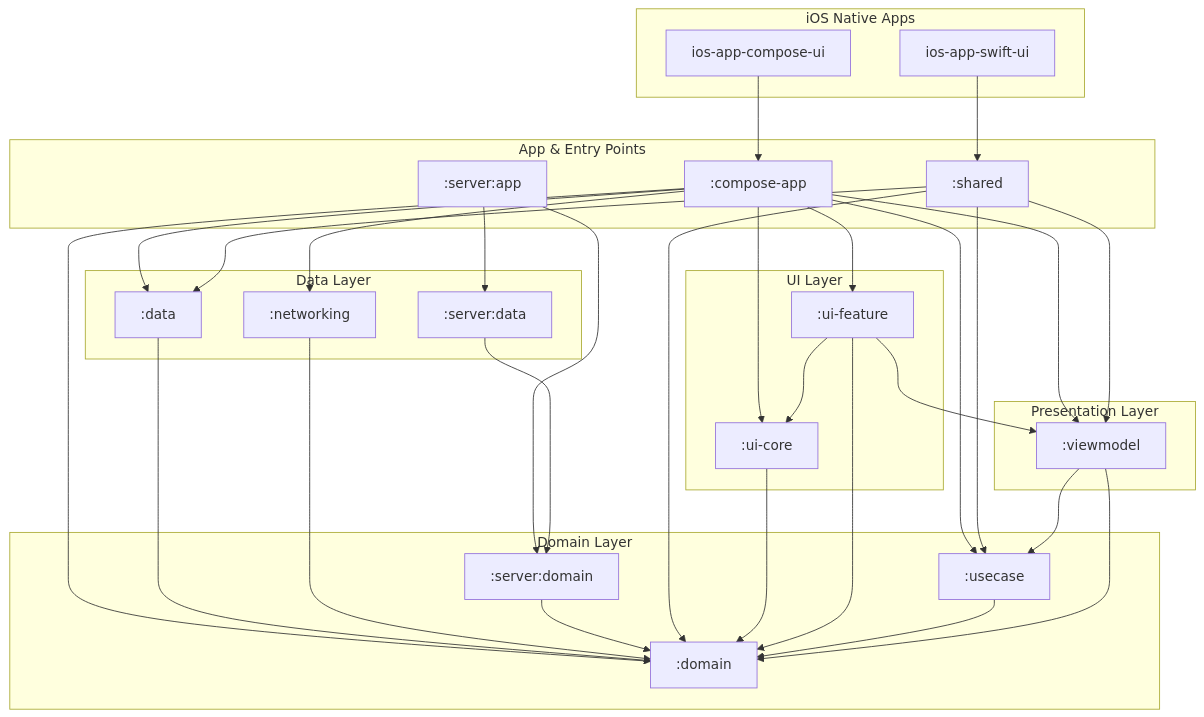
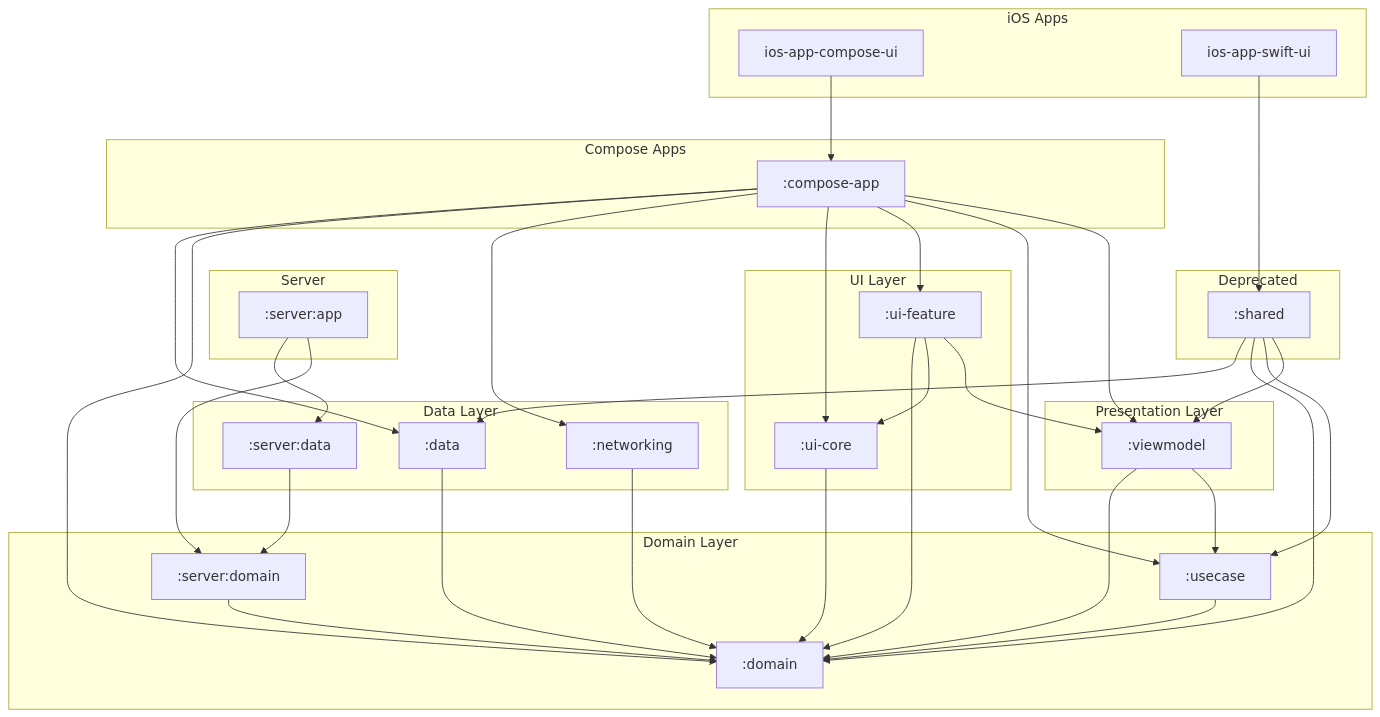
The diagram in docs/diagrams/full_system_structure.mmd (cartland/battery-butler), drawn with Mermaid before and after one commit. The commit also changed 4 other files, not shown here.

Commit message:
Docs: Refine architecture diagram grouping (Server, Apps, Deprecated)

```diff
--- a/docs/diagrams/full_system_structure.mmd
+++ b/docs/diagrams/full_system_structure.mmd
@@ -1,72 +1,78 @@
 graph TD
-    subgraph "iOS Native Apps"
+    subgraph "iOS Apps"
         Ios-app-compose-ui["ios-app-compose-ui"]
         Ios-app-swift-ui["ios-app-swift-ui"]
     end
 
-    subgraph "App & Entry Points"
+    subgraph "Compose Apps"
         ComposeApp[":compose-app"]
+    end
+
+    subgraph "Server"
         ServerApp[":server:app"]
-        Shared[":shared"]
     end
 
     subgraph "UI Layer"
         UICore[":ui-core"]
         UIFeature[":ui-feature"]
     end
 
     subgraph "Presentation Layer"
         ViewModel[":viewmodel"]
     end
 
     subgraph "Domain Layer"
         Domain[":domain"]
         ServerDomain[":server:domain"]
         UseCase[":usecase"]
     end
 
     subgraph "Data Layer"
         Data[":data"]
         Networking[":networking"]
         ServerData[":server:data"]
+    end
+
+    subgraph "Deprecated"
+        Shared[":shared"]
     end
 
     %% Dependencies
     ComposeApp --> Data
     ComposeApp --> Domain
     ComposeApp --> Networking
     ComposeApp --> UICore
     ComposeApp --> UIFeature
     ComposeApp --> UseCase
     ComposeApp --> ViewModel
 
     Data --> Domain
 
     Networking --> Domain
 
     ServerApp --> ServerData
     ServerApp --> ServerDomain
 
     ServerData --> ServerDomain
 
     ServerDomain --> Domain
 
     Shared --> Data
     Shared --> Domain
     Shared --> UseCase
     Shared --> ViewModel
 
     UICore --> Domain
 
     UIFeature --> Domain
     UIFeature --> UICore
     UIFeature --> ViewModel
 
     UseCase --> Domain
 
     ViewModel --> Domain
     ViewModel --> UseCase
 
     Ios-app-compose-ui --> ComposeApp
 
     Ios-app-swift-ui --> Shared
```
